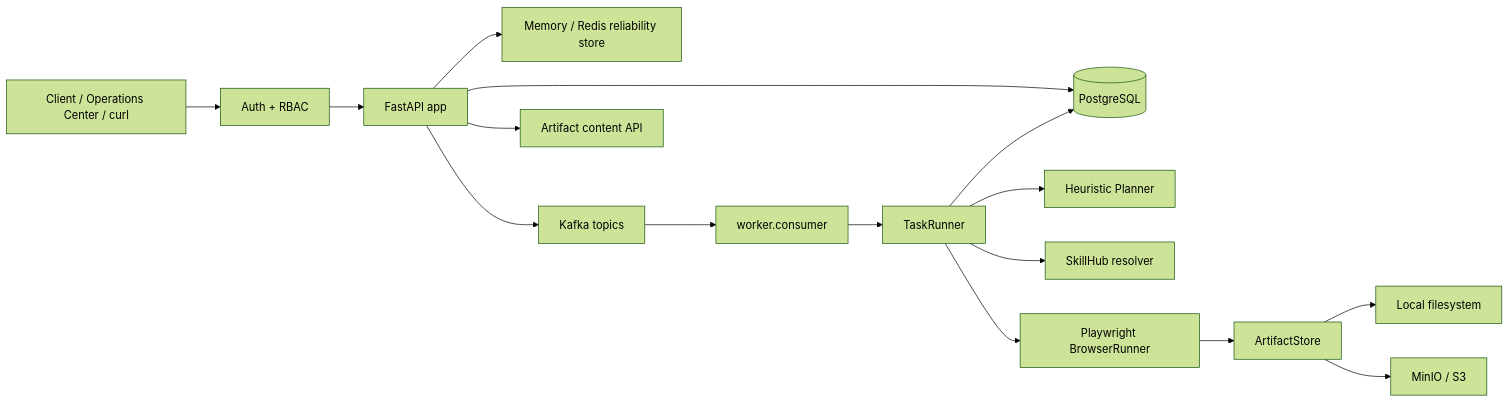
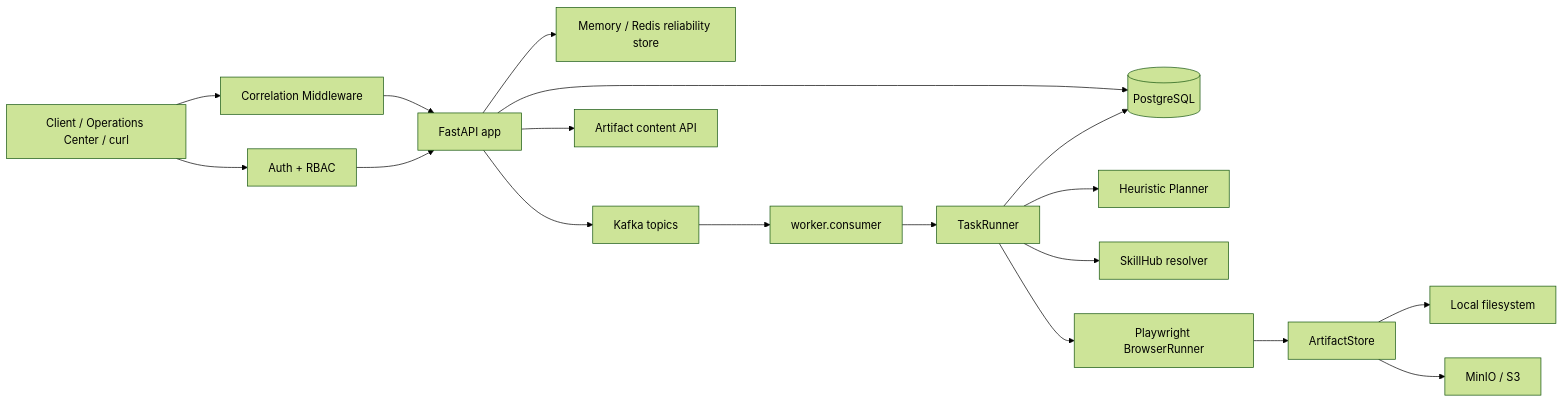
Before and after one commit to leo459028/BrowserAgent: the diagram in DOCS/ARCHITECTURE.md, drawn with Mermaid (forest theme). The commit also changed other lines of this file and 51 other files, not shown here.

````diff
--- a/DOCS/ARCHITECTURE.md
+++ b/DOCS/ARCHITECTURE.md
@@ -5,18 +5,20 @@
 ```mermaid
 flowchart LR
     Client["Client / Operations Center / curl"] --> Auth["Auth + RBAC"]
+    Client --> Context["Correlation Middleware"]
+    Context --> API
     Auth --> API["FastAPI app"]
     API --> DB[("PostgreSQL")]
     API --> Reliability["Memory / Redis reliability store"]
     API --> Kafka["Kafka topics"]
     API --> ArtifactAPI["Artifact content API"]
     Kafka --> Worker["worker.consumer"]
     Worker --> Runner["TaskRunner"]
     Runner --> Planner["Heuristic Planner"]
     Runner --> SkillHub["SkillHub resolver"]
     Runner --> Browser["Playwright BrowserRunner"]
     Browser --> Store["ArtifactStore"]
     Store --> Local["Local filesystem"]
     Store --> S3["MinIO / S3"]
     Runner --> DB
 ```
````
